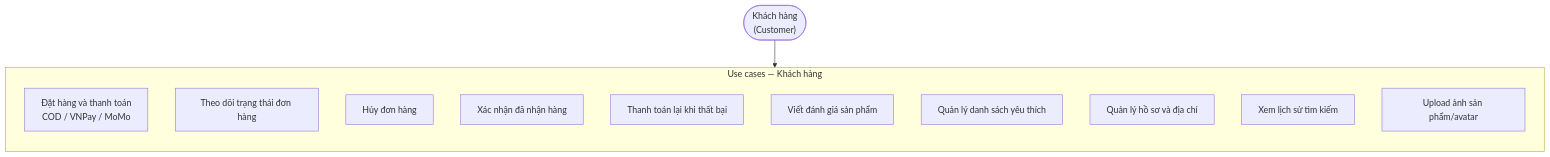
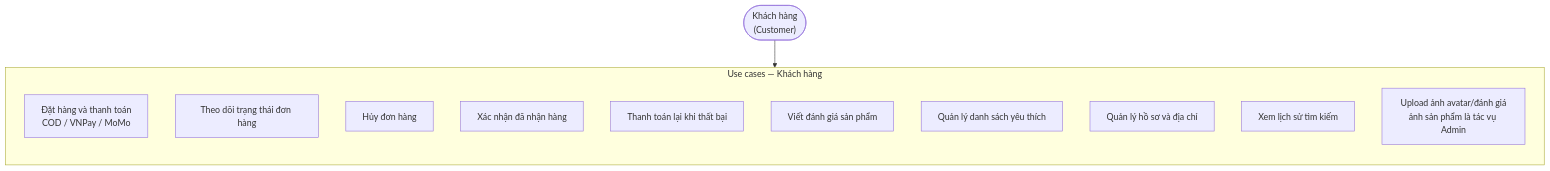
One commit to MinhThang1009/E-commerce-website changed the second of 47 diagrams in DIAGRAMS.md. Above: the diagram before and after it, drawn with Mermaid. The commit also changed other lines of this file, not shown here.

First line of the commit message:
docs(diagrams): sửa flow RAG + 7 lỗi nhỏ §1/§3 sau verify per-element

````diff
--- a/DIAGRAMS.md
+++ b/DIAGRAMS.md
@@ -88,20 +88,20 @@
 ```mermaid
 flowchart TB
     Customer(["Khách hàng<br/>(Customer)"])
 
     subgraph UC_CUSTOMER["Use cases — Khách hàng"]
         direction TB
         C1["Đặt hàng và thanh toán<br/>COD / VNPay / MoMo"]
         C2[Theo dõi trạng thái đơn hàng]
         C3[Hủy đơn hàng]
         C4[Xác nhận đã nhận hàng]
         C5[Thanh toán lại khi thất bại]
         C6[Viết đánh giá sản phẩm]
         C7[Quản lý danh sách yêu thích]
         C8[Quản lý hồ sơ và địa chỉ]
         C9[Xem lịch sử tìm kiếm]
-        C10[Upload ảnh sản phẩm/avatar]
+        C10[Upload ảnh avatar/đánh giá<br/>ảnh sản phẩm là tác vụ Admin]
     end
 
     Customer --> UC_CUSTOMER
 ```
````
